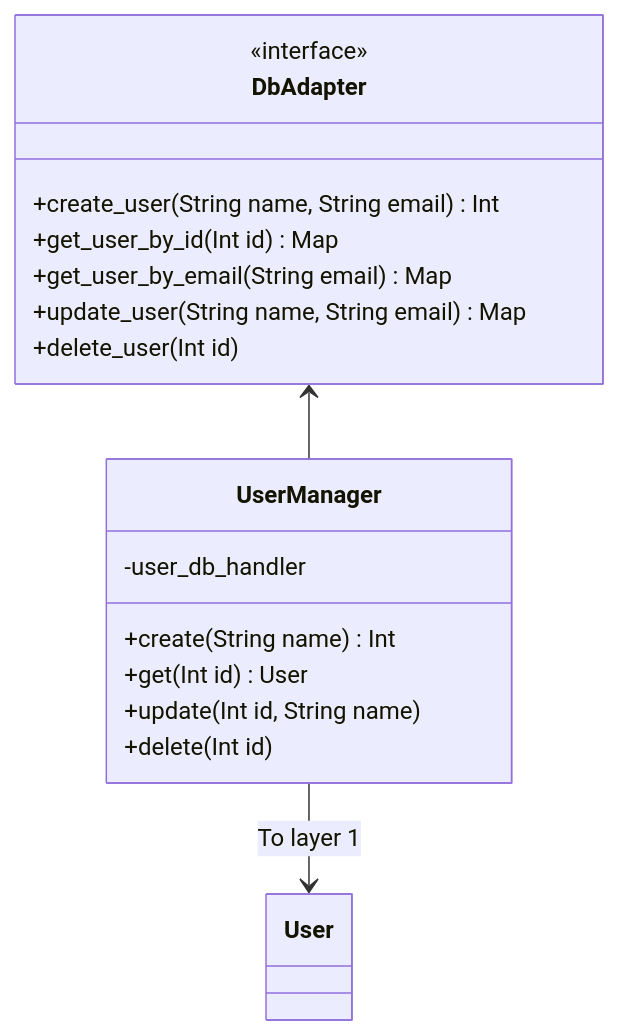
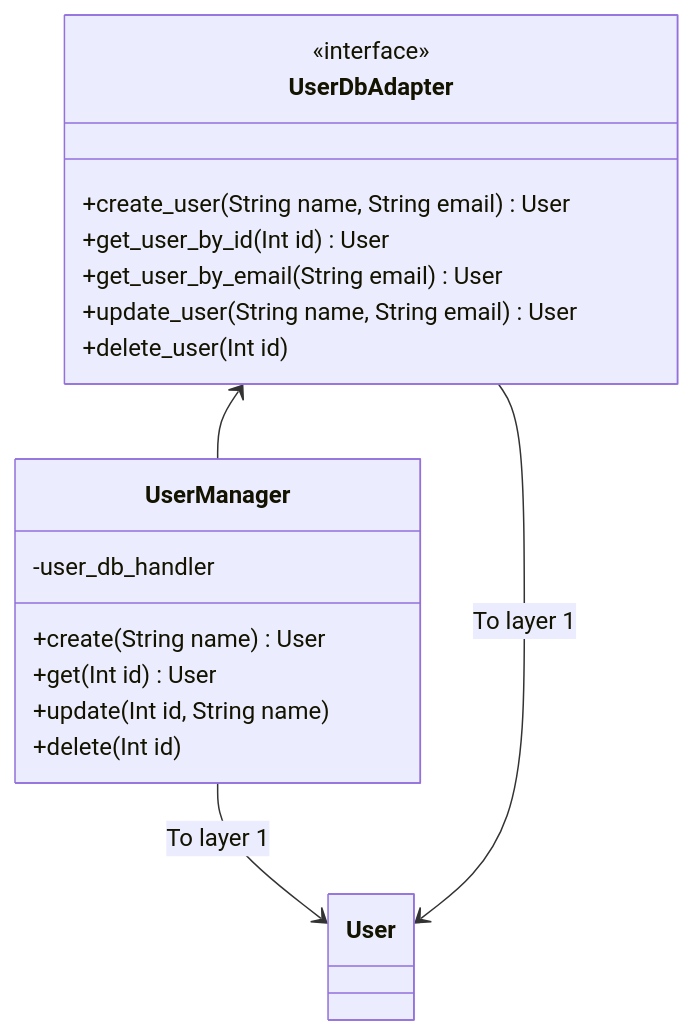
The third of 5 diagrams in backend/README.md (janheindejong/outhouse), drawn with Mermaid before and after one commit. The commit also changed other lines of this file and 7 other files, not shown here.

````diff
--- a/backend/README.md
+++ b/backend/README.md
@@ -35,24 +35,25 @@
 ```mermaid
 classDiagram
 class User
 
 class UserManager {
     -user_db_handler
-    +create(String name) Int
+    +create(String name) User
     +get(Int id) User
     +update(Int id, String name)
     +delete(Int id)
 }
 
-class DbAdapter {
+class UserDbAdapter {
     <<interface>>
-    +create_user(String name, String email) Int
-    +get_user_by_id(Int id) Map
-    +get_user_by_email(String email) Map
-    +update_user(String name, String email) Map
+    +create_user(String name, String email) User
+    +get_user_by_id(Int id) User
+    +get_user_by_email(String email) User
+    +update_user(String name, String email) User
     +delete_user(Int id)
 }
 
 UserManager --> User : To layer 1
-DbAdapter <-- UserManager
+UserDbAdapter <-- UserManager
+UserDbAdapter --> User : To layer 1
 ```
````
